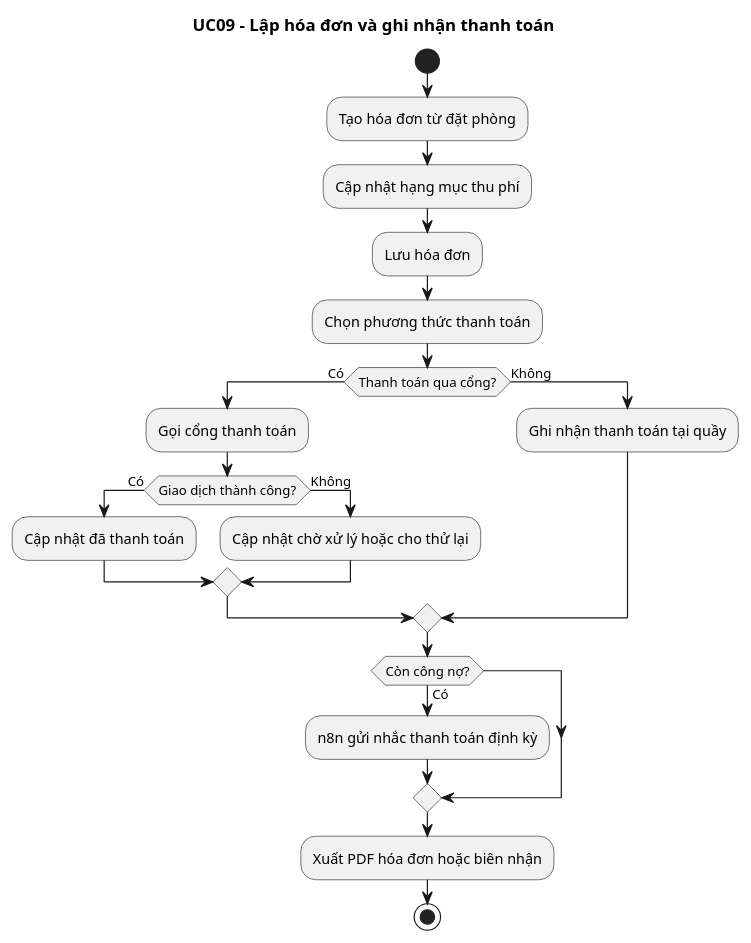
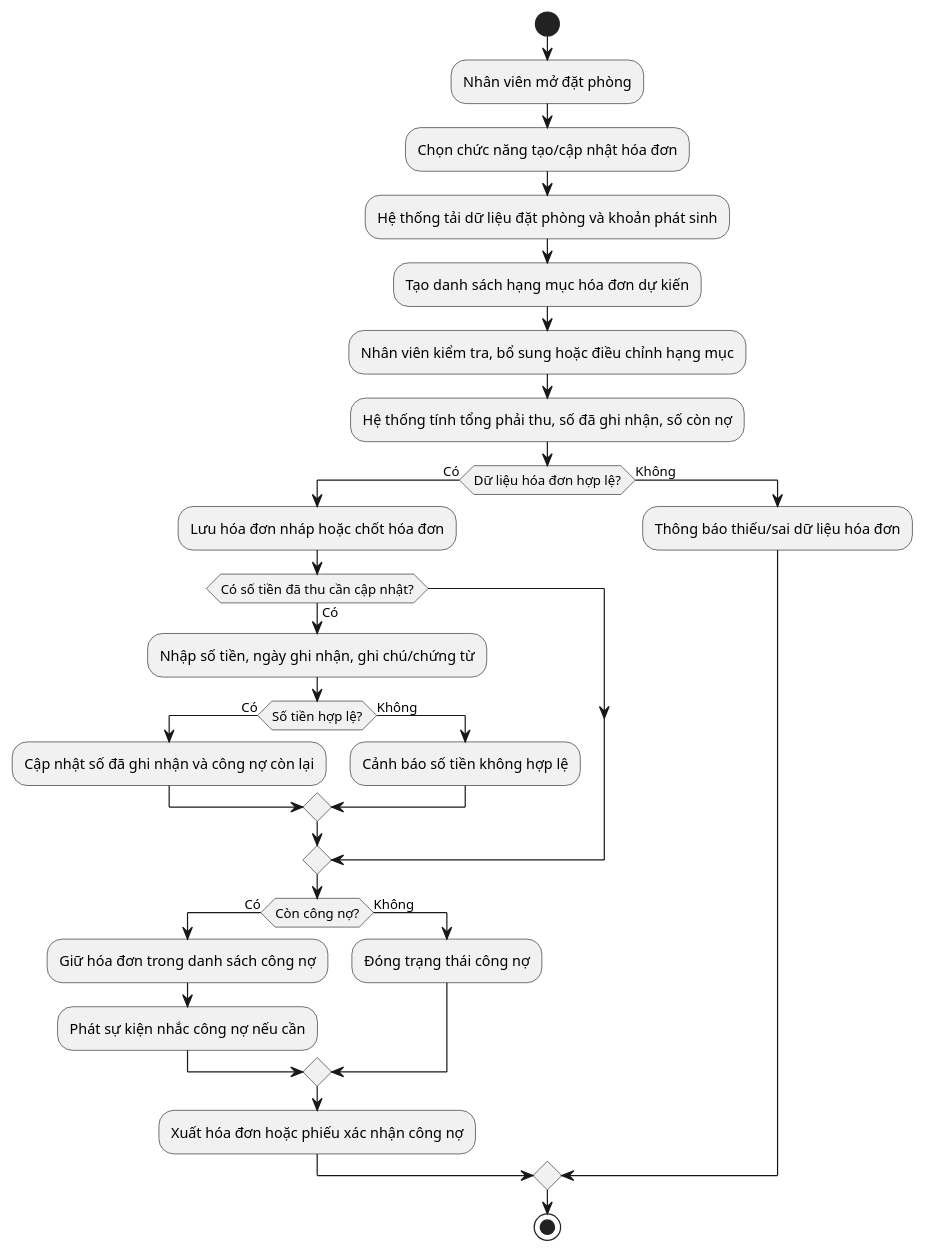
The diagram in docs/activity_diagram/uc09-invoice-payment.puml (Dinhpham04/DA-KLTN_HOTEL_MANAGEMENT), drawn with PlantUML before and after one commit. The commit also changed 92 other files, not shown here.

```diff
--- a/docs/activity_diagram/uc09-invoice-payment.puml
+++ b/docs/activity_diagram/uc09-invoice-payment.puml
@@ -1,23 +1,35 @@
-@startuml uc09_invoice_payment
-title UC09 - Lập hóa đơn và ghi nhận thanh toán
+@startuml uc09_invoice_debt_management
 start
-:Tạo hóa đơn từ đặt phòng;
-:Cập nhật hạng mục thu phí;
-:Lưu hóa đơn;
-:Chọn phương thức thanh toán;
-if (Thanh toán qua cổng?) then (Có)
-  :Gọi cổng thanh toán;
-  if (Giao dịch thành công?) then (Có)
-    :Cập nhật đã thanh toán;
+
+:Nhân viên mở đặt phòng;
+:Chọn chức năng tạo/cập nhật hóa đơn;
+:Hệ thống tải dữ liệu đặt phòng và khoản phát sinh;
+:Tạo danh sách hạng mục hóa đơn dự kiến;
+:Nhân viên kiểm tra, bổ sung hoặc điều chỉnh hạng mục;
+:Hệ thống tính tổng phải thu, số đã ghi nhận, số còn nợ;
+
+if (Dữ liệu hóa đơn hợp lệ?) then (Có)
+  :Lưu hóa đơn nháp hoặc chốt hóa đơn;
+  if (Có số tiền đã thu cần cập nhật?) then (Có)
+    :Nhập số tiền, ngày ghi nhận, ghi chú/chứng từ;
+    if (Số tiền hợp lệ?) then (Có)
+      :Cập nhật số đã ghi nhận và công nợ còn lại;
+    else (Không)
+      :Cảnh báo số tiền không hợp lệ;
+    endif
+  endif
+
+  if (Còn công nợ?) then (Có)
+    :Giữ hóa đơn trong danh sách công nợ;
+    :Phát sự kiện nhắc công nợ nếu cần;
   else (Không)
-    :Cập nhật chờ xử lý hoặc cho thử lại;
+    :Đóng trạng thái công nợ;
   endif
+
+  :Xuất hóa đơn hoặc phiếu xác nhận công nợ;
 else (Không)
-  :Ghi nhận thanh toán tại quầy;
+  :Thông báo thiếu/sai dữ liệu hóa đơn;
 endif
-if (Còn công nợ?) then (Có)
-  :n8n gửi nhắc thanh toán định kỳ;
-endif
-:Xuất PDF hóa đơn hoặc biên nhận;
+
 stop
 @enduml
```
